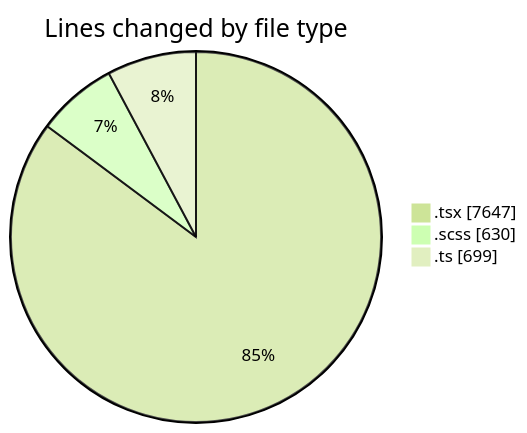
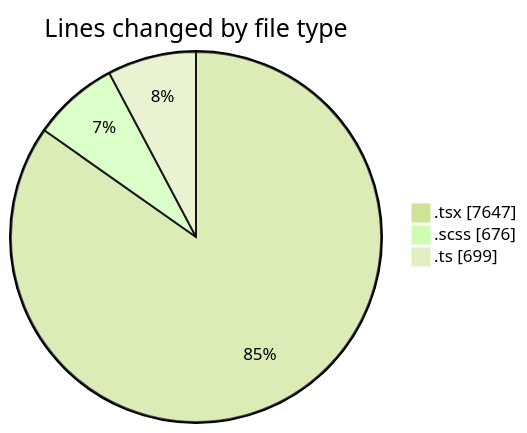
The first of 2 diagrams in 2025-07-03/cda/README.md (momahboobian/code-tracking), drawn with Mermaid (forest theme) before and after one commit. The commit also changed other lines of this file and 1 other file, not shown here.

````diff
--- a/2025-07-03/cda/README.md
+++ b/2025-07-03/cda/README.md
@@ -48,7 +48,7 @@
 ```mermaid
 pie showData
 title Lines changed by file type
 ".tsx" : 7647
-".scss" : 630
+".scss" : 676
 ".ts" : 699
 ```
````
